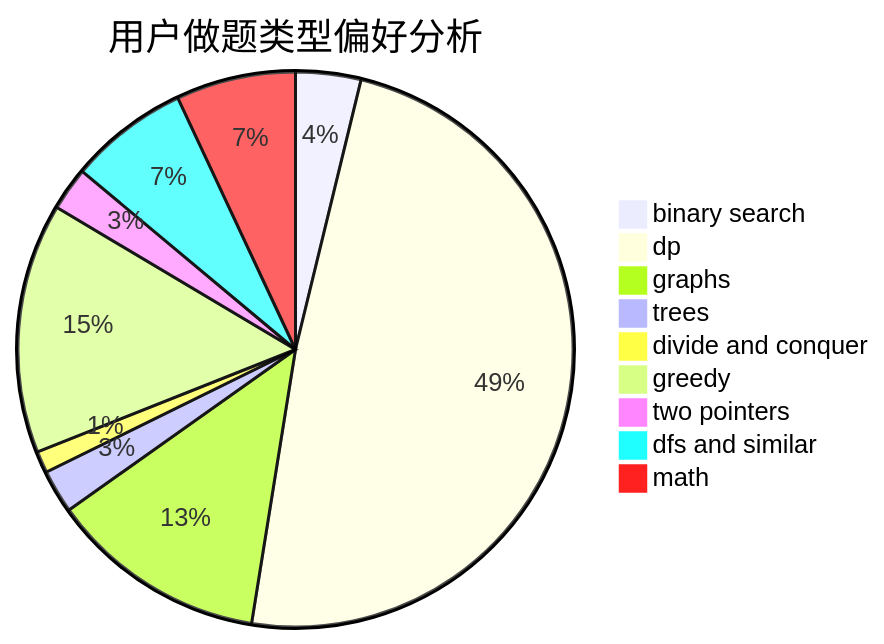
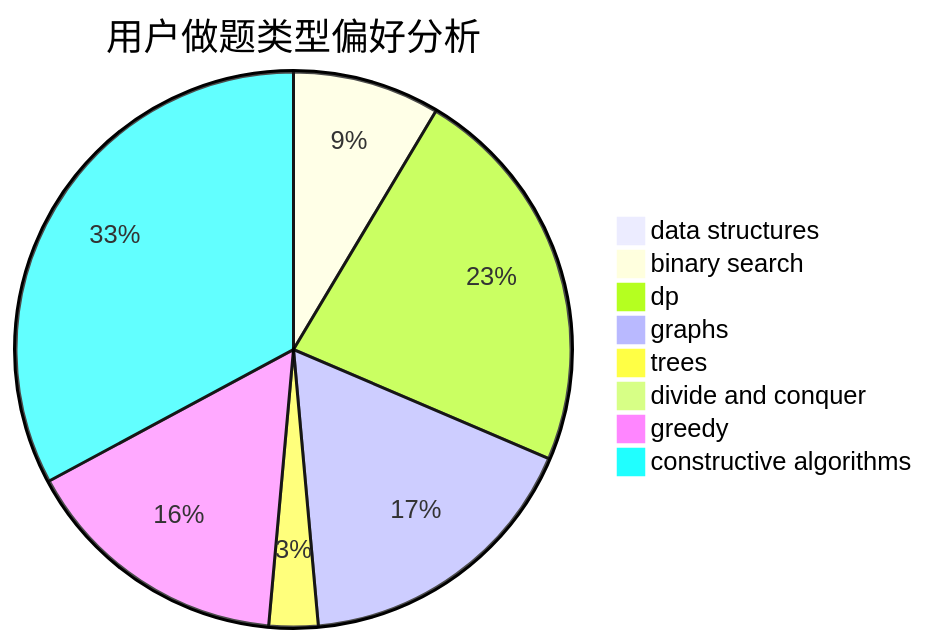
Before and after one commit to sherpahu/cfrs.github.io: the second of 3 diagrams in docs/user/u961.md, drawn with Mermaid. The commit also changed other lines of this file and 2775 other files, not shown here.

````diff
--- a/docs/user/u961.md
+++ b/docs/user/u961.md
@@ -23,12 +23,11 @@
 ```mermaid
 pie title 用户做题类型偏好分析
+    "data structures" :  0
     "binary search" :  6
-    "dp" :  77
-    "graphs" :  20
-    "trees" :  4
-    "divide and conquer" :  2
-    "greedy" :  23
-    "two pointers" :  4
-    "dfs and similar" :  11
-    "math" :  11
+    "dp" :  16
+    "graphs" :  12
+    "trees" :  2
+    "divide and conquer" :  0
+    "greedy" :  11
+    "constructive algorithms" :  23
 ```
````
